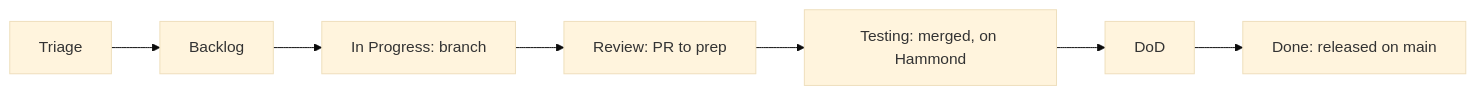
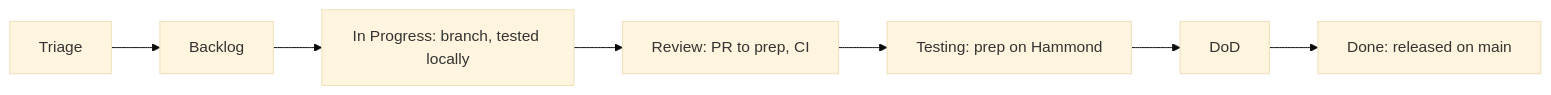
The second of 2 diagrams in docs/QUICKSTART.md (Jago971/dp-cli), drawn with Mermaid (base theme) before and after one commit. The commit also changed other lines of this file and 5 other files, not shown here.

First line of the commit message:
docs: local-first direction in the roadmap and quickstart

````diff
--- a/docs/QUICKSTART.md
+++ b/docs/QUICKSTART.md
@@ -49,4 +50,4 @@
 ```mermaid
 flowchart LR
-  T[Triage] --> B[Backlog] --> I["In Progress: branch"] --> V["Review: PR to prep"] --> S["Testing: merged, on Hammond"] --> D[DoD] --> N["Done: released on main"]
+  T[Triage] --> B[Backlog] --> I["In Progress: branch, tested locally"] --> V["Review: PR to prep, CI"] --> S["Testing: prep on Hammond"] --> D[DoD] --> N["Done: released on main"]
 ```
````
